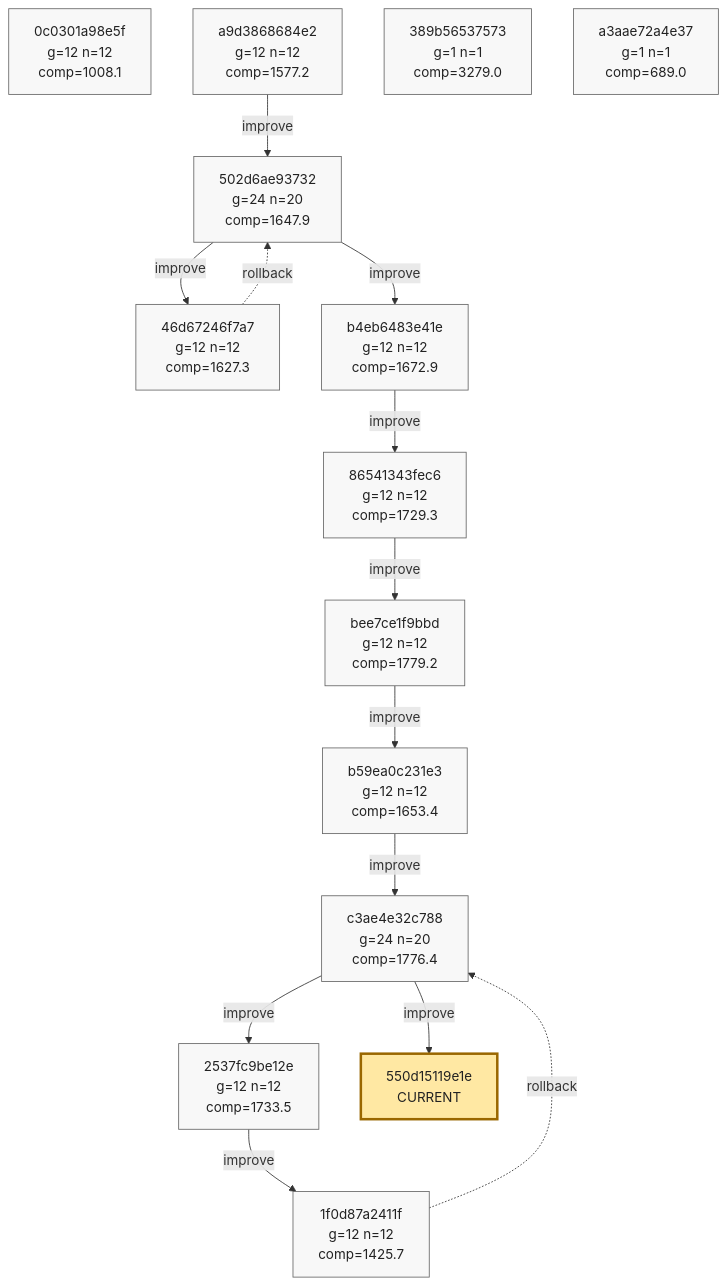
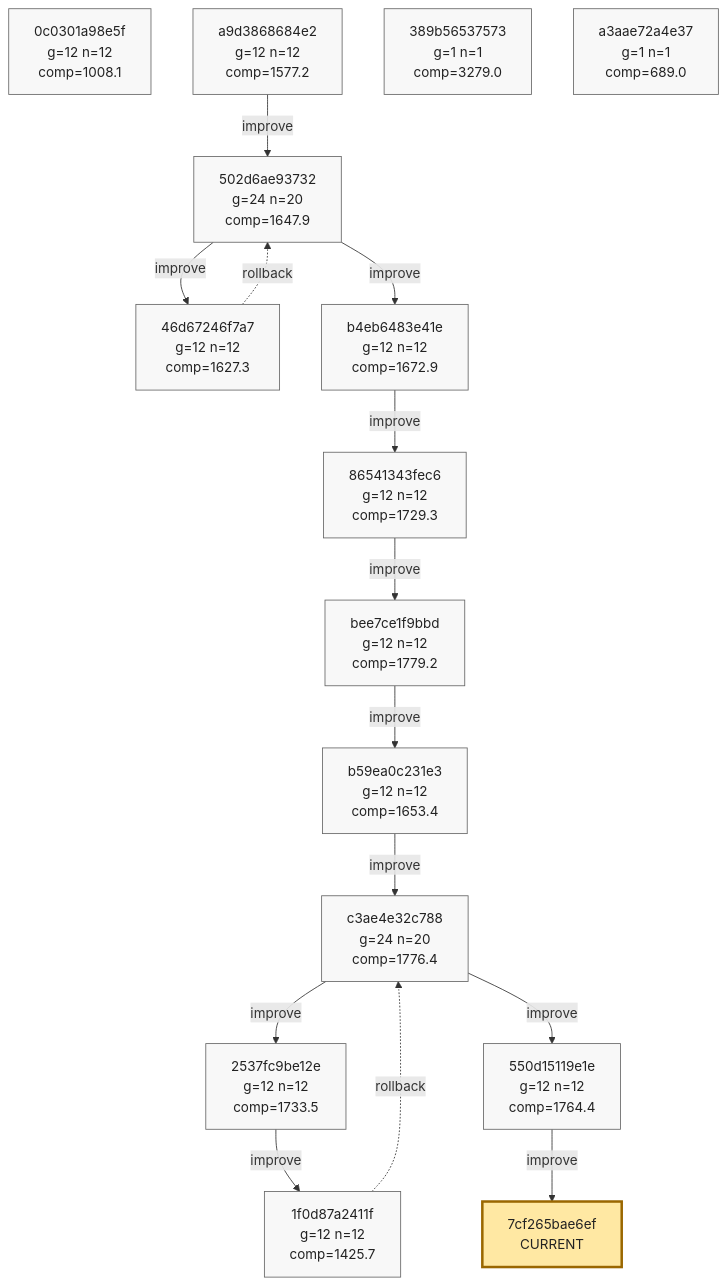
The tenth of 10 diagrams in phyrogenetic-tree.md (azumag/soviet_now), drawn with Mermaid before and after one commit. The commit also changed other lines of this file and 2 other files, not shown here.

Commit message:
eloop Improve after 12 games (scores: 1854 1695 1967 1840 1947 1603 2405 1935 1018 2729 1666 1461)

````diff
--- a/phyrogenetic-tree.md
+++ b/phyrogenetic-tree.md
@@ -2544,50 +2540,53 @@
 ```mermaid
 flowchart TD
     h_0c0301a98e5f["0c0301a98e5f<br/>g=12 n=12<br/>comp=1008.1"]
     h_a9d3868684e2["a9d3868684e2<br/>g=12 n=12<br/>comp=1577.2"]
     h_502d6ae93732["502d6ae93732<br/>g=24 n=20<br/>comp=1647.9"]
     h_46d67246f7a7["46d67246f7a7<br/>g=12 n=12<br/>comp=1627.3"]
     h_b4eb6483e41e["b4eb6483e41e<br/>g=12 n=12<br/>comp=1672.9"]
     h_86541343fec6["86541343fec6<br/>g=12 n=12<br/>comp=1729.3"]
     h_bee7ce1f9bbd["bee7ce1f9bbd<br/>g=12 n=12<br/>comp=1779.2"]
     h_b59ea0c231e3["b59ea0c231e3<br/>g=12 n=12<br/>comp=1653.4"]
     h_c3ae4e32c788["c3ae4e32c788<br/>g=24 n=20<br/>comp=1776.4"]
     h_2537fc9be12e["2537fc9be12e<br/>g=12 n=12<br/>comp=1733.5"]
     h_1f0d87a2411f["1f0d87a2411f<br/>g=12 n=12<br/>comp=1425.7"]
+    h_550d15119e1e["550d15119e1e<br/>g=12 n=12<br/>comp=1764.4"]
     h_389b56537573["389b56537573<br/>g=1 n=1<br/>comp=3279.0"]
     h_a3aae72a4e37["a3aae72a4e37<br/>g=1 n=1<br/>comp=689.0"]
-    h_550d15119e1e["550d15119e1e<br/>CURRENT"]
+    h_7cf265bae6ef["7cf265bae6ef<br/>CURRENT"]
 
     h_a9d3868684e2 -->|improve| h_502d6ae93732
     h_502d6ae93732 -->|improve| h_46d67246f7a7
     h_46d67246f7a7 -. rollback .-> h_502d6ae93732
     h_502d6ae93732 -->|improve| h_b4eb6483e41e
     h_b4eb6483e41e -->|improve| h_86541343fec6
     h_86541343fec6 -->|improve| h_bee7ce1f9bbd
     h_bee7ce1f9bbd -->|improve| h_b59ea0c231e3
     h_b59ea0c231e3 -->|improve| h_c3ae4e32c788
     h_c3ae4e32c788 -->|improve| h_2537fc9be12e
     h_2537fc9be12e -->|improve| h_1f0d87a2411f
     h_1f0d87a2411f -. rollback .-> h_c3ae4e32c788
     h_c3ae4e32c788 -->|improve| h_550d15119e1e
+    h_550d15119e1e -->|improve| h_7cf265bae6ef
 
     classDef plain fill:#f8f8f8,stroke:#666,stroke-width:1px,color:#222;
     classDef current fill:#ffe8a3,stroke:#9a6700,stroke-width:3px,color:#222;
     classDef anchor fill:#d7f5dd,stroke:#1f6f43,stroke-width:3px,color:#222;
     classDef current_anchor fill:#f3e4a8,stroke:#1f6f43,stroke-width:4px,color:#222;
 
     class h_0c0301a98e5f plain;
     class h_a9d3868684e2 plain;
     class h_502d6ae93732 plain;
     class h_46d67246f7a7 plain;
     class h_b4eb6483e41e plain;
     class h_86541343fec6 plain;
     class h_bee7ce1f9bbd plain;
     class h_b59ea0c231e3 plain;
     class h_c3ae4e32c788 plain;
     class h_2537fc9be12e plain;
     class h_1f0d87a2411f plain;
+    class h_550d15119e1e plain;
     class h_389b56537573 plain;
     class h_a3aae72a4e37 plain;
-    class h_550d15119e1e current;
+    class h_7cf265bae6ef current;
 ```
````
